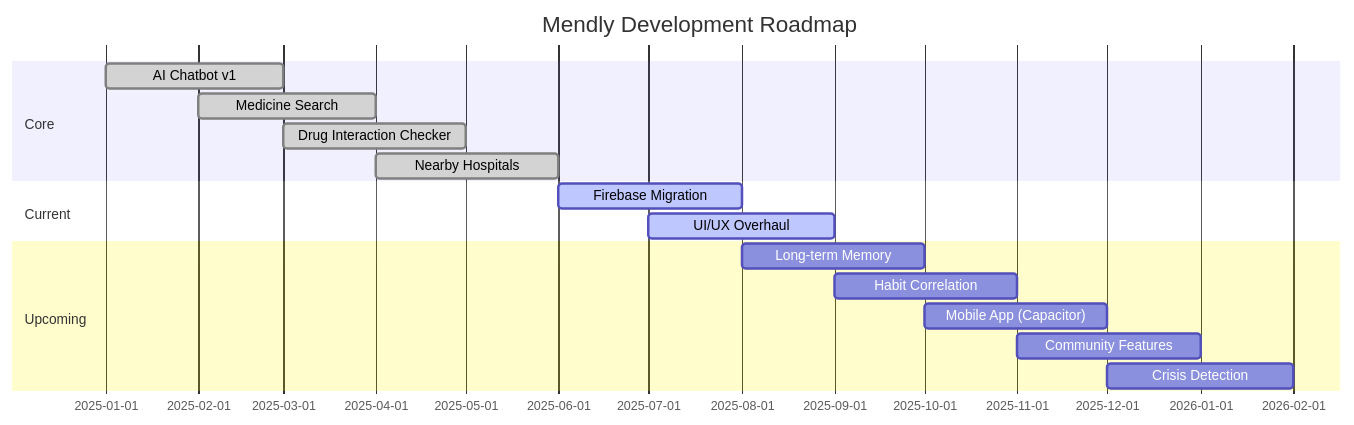
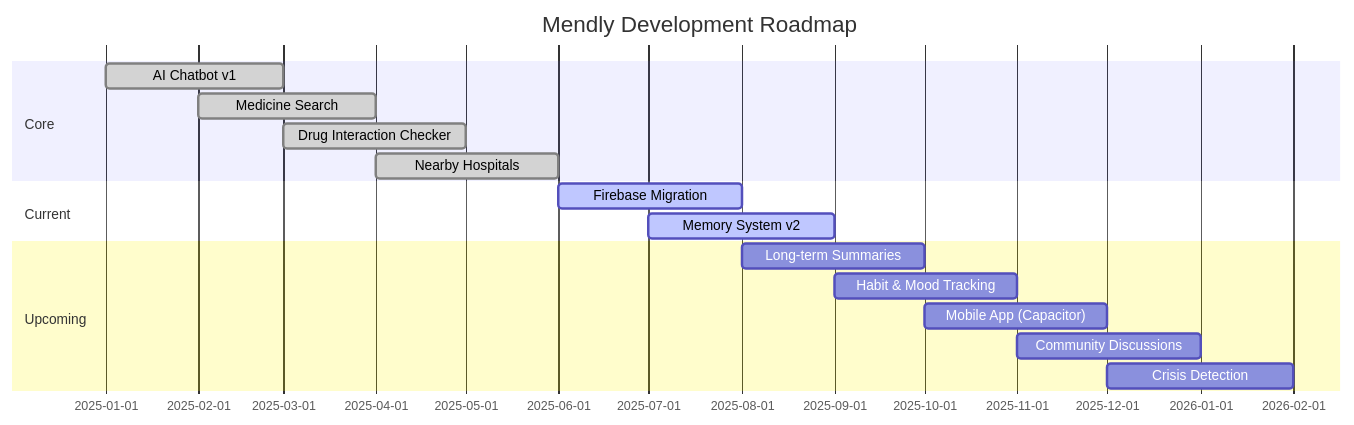
Before and after one commit to Satendra90390/Mendly: the fourth of 6 diagrams in README.md, drawn with Mermaid. The commit also changed other lines of this file and 1 other file, not shown here.

Commit message:
add animated SVG banner, memory architecture, FAQ, repo activity badges; create memory.py

````diff
--- a/README.md
+++ b/README.md
@@ -165,21 +372,21 @@
 ```mermaid
 gantt
     title Mendly Development Roadmap
     dateFormat  YYYY-MM-DD
     section Core
     AI Chatbot v1           :done, 2025-01-01, 2025-03-01
     Medicine Search         :done, 2025-02-01, 2025-04-01
     Drug Interaction Checker:done, 2025-03-01, 2025-05-01
     Nearby Hospitals        :done, 2025-04-01, 2025-06-01
 
     section Current
     Firebase Migration      :active, 2025-06-01, 2025-08-01
-    UI/UX Overhaul          :active, 2025-07-01, 2025-09-01
+    Memory System v2        :active, 2025-07-01, 2025-09-01
 
     section Upcoming
-    Long-term Memory        :2025-08-01, 2025-10-01
-    Habit Correlation       :2025-09-01, 2025-11-01
+    Long-term Summaries     :2025-08-01, 2025-10-01
+    Habit & Mood Tracking   :2025-09-01, 2025-11-01
     Mobile App (Capacitor)  :2025-10-01, 2025-12-01
-    Community Features      :2025-11-01, 2026-01-01
+    Community Discussions   :2025-11-01, 2026-01-01
     Crisis Detection        :2025-12-01, 2026-02-01
 ```
````
